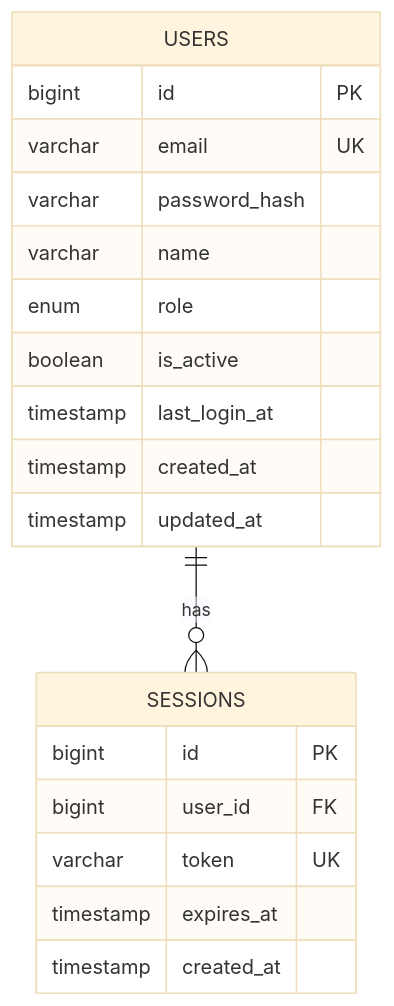
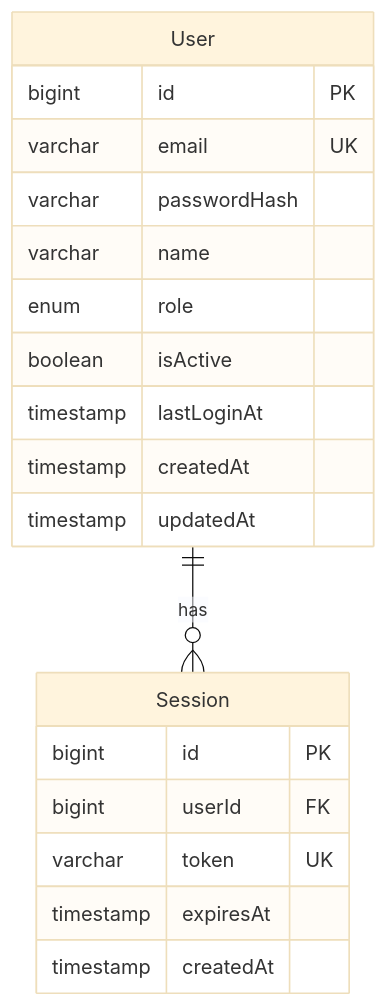
The third of 6 diagrams in skills/u-design/references/erd-spec.md (upleat-ax/u-maker-plugin), drawn with Mermaid (base theme) before and after one commit. The commit also changed other lines of this file and 2 other files, not shown here.

First line of the commit message:
feat: switch ERD naming convention to camelCase standard

````diff
--- a/skills/u-design/references/erd-spec.md
+++ b/skills/u-design/references/erd-spec.md
@@ -187,22 +188,22 @@
 ```mermaid
 erDiagram
-    USERS {
+    User {
         bigint id PK
         varchar email UK
-        varchar password_hash
+        varchar passwordHash
         varchar name
         enum role
-        boolean is_active
-        timestamp last_login_at
-        timestamp created_at
-        timestamp updated_at
+        boolean isActive
+        timestamp lastLoginAt
+        timestamp createdAt
+        timestamp updatedAt
     }
-    SESSIONS {
+    Session {
         bigint id PK
-        bigint user_id FK
+        bigint userId FK
         varchar token UK
-        timestamp expires_at
-        timestamp created_at
+        timestamp expiresAt
+        timestamp createdAt
     }
-    USERS ||--o{ SESSIONS : "has"
+    User ||--o{ Session : "has"
 ```
````
